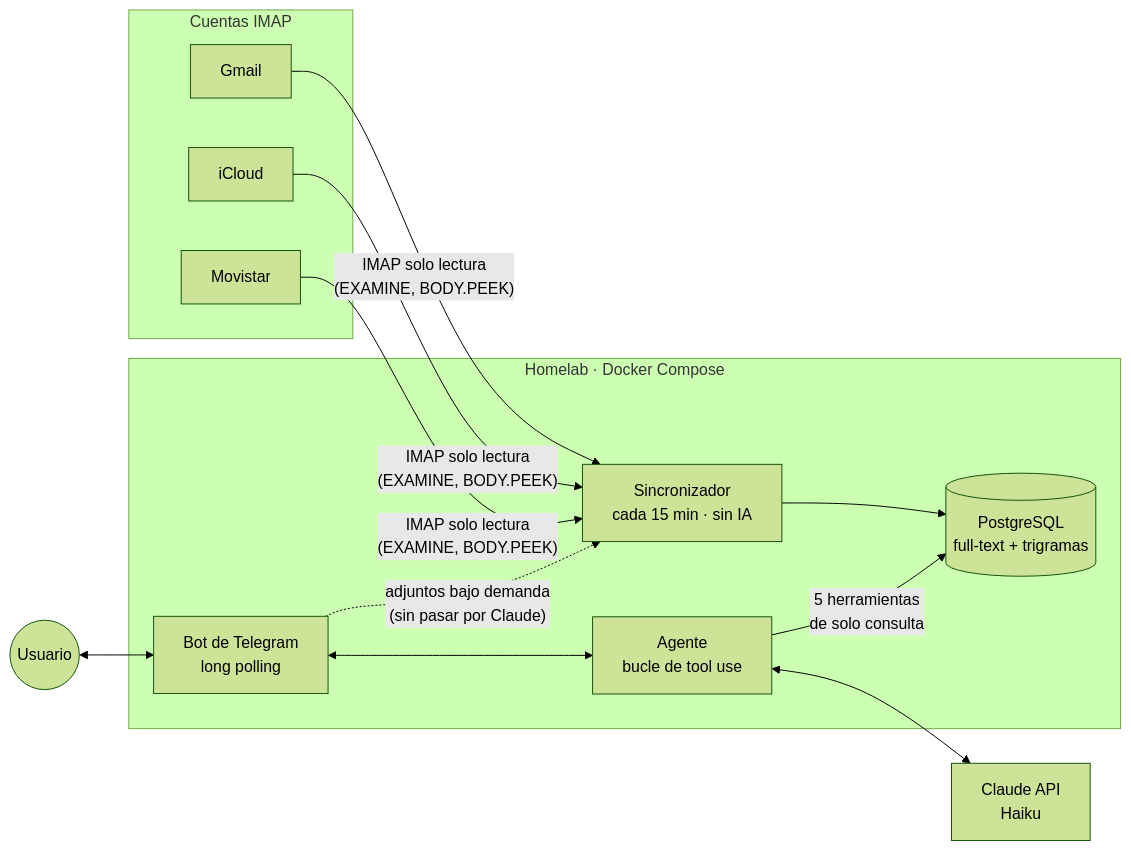
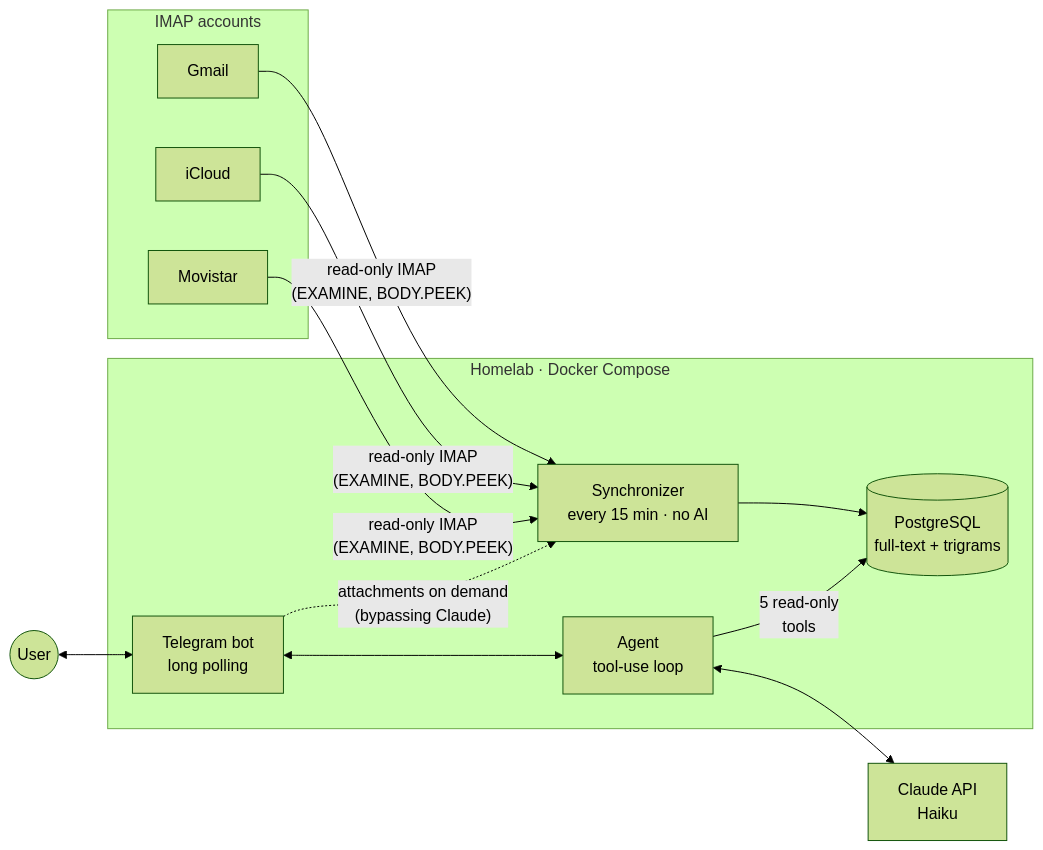
The diagram in README.md (perecollet/mail_agent), drawn with Mermaid (forest theme) before and after one commit. The commit also changed other lines of this file, not shown here.

````diff
--- a/README.md
+++ b/README.md
@@ -24,26 +24,26 @@
 ```mermaid
 flowchart LR
-    subgraph cuentas["Cuentas IMAP"]
+    subgraph accounts["IMAP accounts"]
         G[Gmail]
         I[iCloud]
         M[Movistar]
     end
 
     subgraph homelab["Homelab · Docker Compose"]
-        S["Sincronizador<br/>cada 15 min · sin IA"]
-        DB[("PostgreSQL<br/>full-text + trigramas")]
-        A["Agente<br/>bucle de tool use"]
-        T["Bot de Telegram<br/>long polling"]
+        S["Synchronizer<br/>every 15 min · no AI"]
+        DB[("PostgreSQL<br/>full-text + trigrams")]
+        A["Agent<br/>tool-use loop"]
+        T["Telegram bot<br/>long polling"]
     end
 
     C["Claude API<br/>Haiku"]
-    U((Usuario))
+    U((User))
 
-    G & I & M -- "IMAP solo lectura<br/>(EXAMINE, BODY.PEEK)" --> S
+    G & I & M -- "read-only IMAP<br/>(EXAMINE, BODY.PEEK)" --> S
     S --> DB
-    A -- "5 herramientas<br/>de solo consulta" --> DB
+    A -- "5 read-only<br/>tools" --> DB
     A <--> C
     T <--> A
     U <--> T
-    T -. "adjuntos bajo demanda<br/>(sin pasar por Claude)" .-> S
+    T -. "attachments on demand<br/>(bypassing Claude)" .-> S
 ```
````
